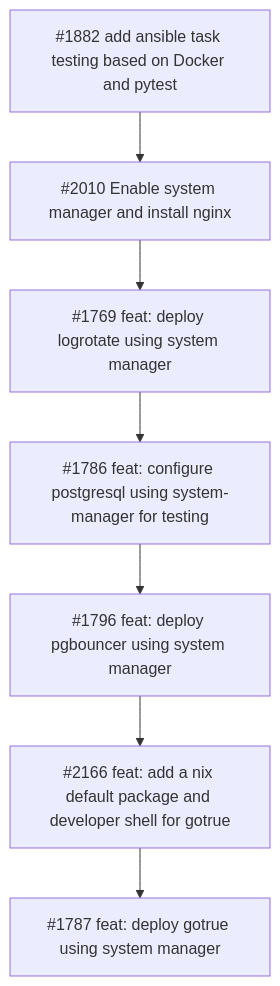
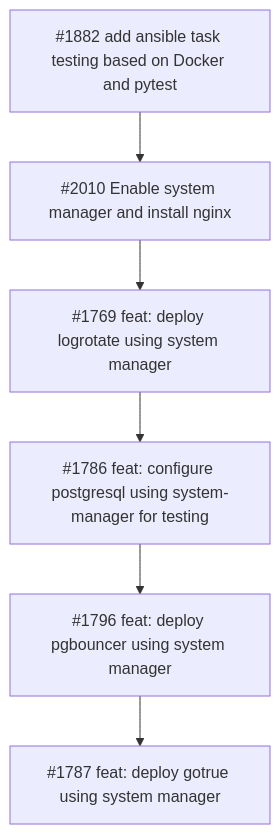
One commit to supabase/postgres changed the third of 3 diagrams in nix/docs/ROADMAP.md. Above: the diagram before and after it, drawn with Mermaid. The commit also changed other lines of this file, not shown here.

First line of the commit message:
doc: remove merged and closed PRs from roadmap

````diff
--- a/nix/docs/ROADMAP.md
+++ b/nix/docs/ROADMAP.md
@@ -83,22 +72,20 @@
 ```mermaid
 graph TD
     %% system-manager
 
     1882[#1882 add ansible task testing based on Docker and pytest]
     2010[#2010 Enable system manager and install nginx]
     1786[#1786 feat: configure postgresql using system-manager for testing]
     1787[#1787 feat: deploy gotrue using system manager]
-    2166[#2166 feat: add a nix default package and developer shell for gotrue]
     1769[#1769 feat: deploy logrotate using system manager]
     1796[#1796 feat: deploy pgbouncer using system manager]
 
     click 1786 "https://github.com/supabase/postgres/pull/1786" "Open PR #1786"
     click 1787 "https://github.com/supabase/postgres/pull/1787" "Open PR #1787"
     click 1882 "https://github.com/supabase/postgres/pull/1882" "Open PR #1882"
-    click 2166 "https://github.com/supabase/auth/pull/2166" "Open PR #2166"
     click 1769 "https://github.com/supabase/postgres/pull/1769" "Open PR #1769"
     click 1796 "https://github.com/supabase/postgres/pull/1796" "Open PR #1796"
     click 2010 "https://github.com/supabase/postgres/pull/2010" "Open PR #2010"
 
-    1882 --> 2010 --> 1769 --> 1786 --> 1796 --> 2166 --> 1787
+    1882 --> 2010 --> 1769 --> 1786 --> 1796 --> 1787
 ```
````
